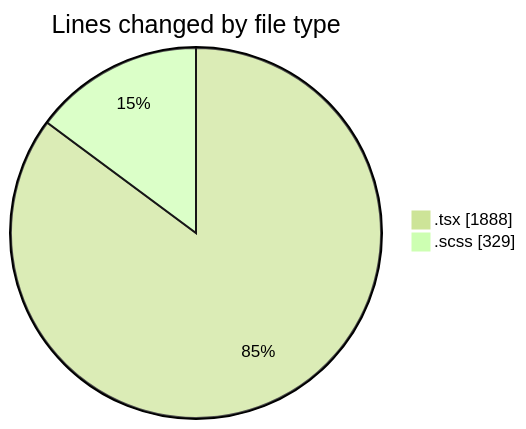
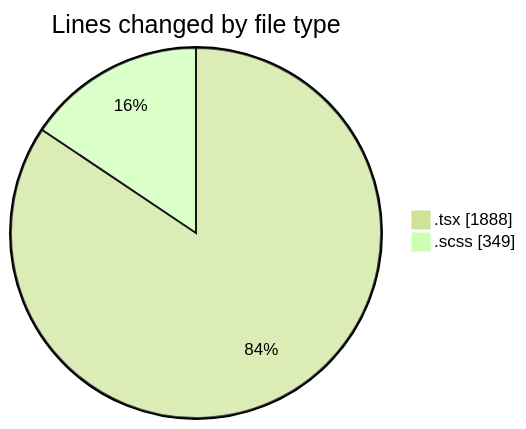
Before and after one commit to momahboobian/code-tracking: the first of 2 diagrams in 2025-04-07/cda/README.md, drawn with Mermaid (forest theme). The commit also changed other lines of this file and 1 other file, not shown here.

````diff
--- a/2025-04-07/cda/README.md
+++ b/2025-04-07/cda/README.md
@@ -26,6 +26,6 @@
 ```mermaid
 pie showData
 title Lines changed by file type
 ".tsx" : 1888
-".scss" : 329
+".scss" : 349
 ```
````
